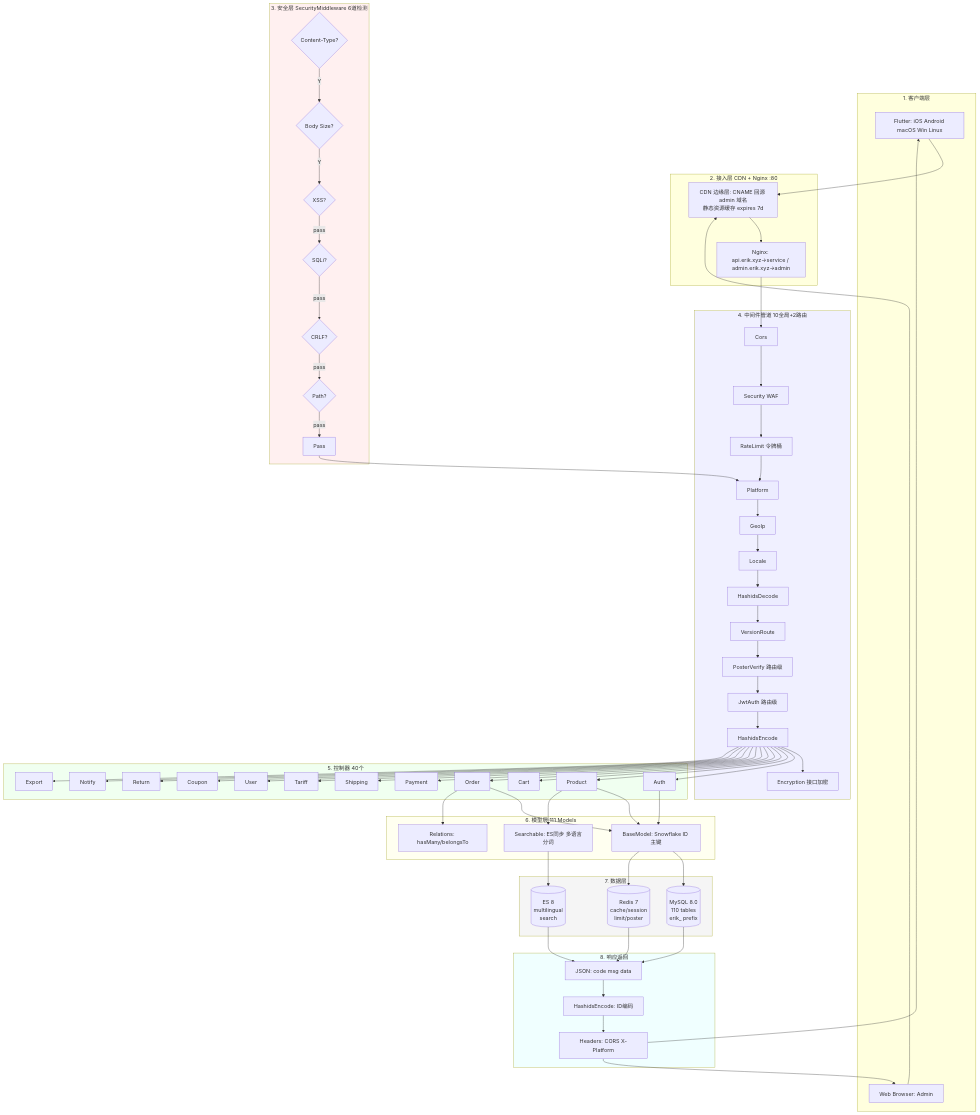
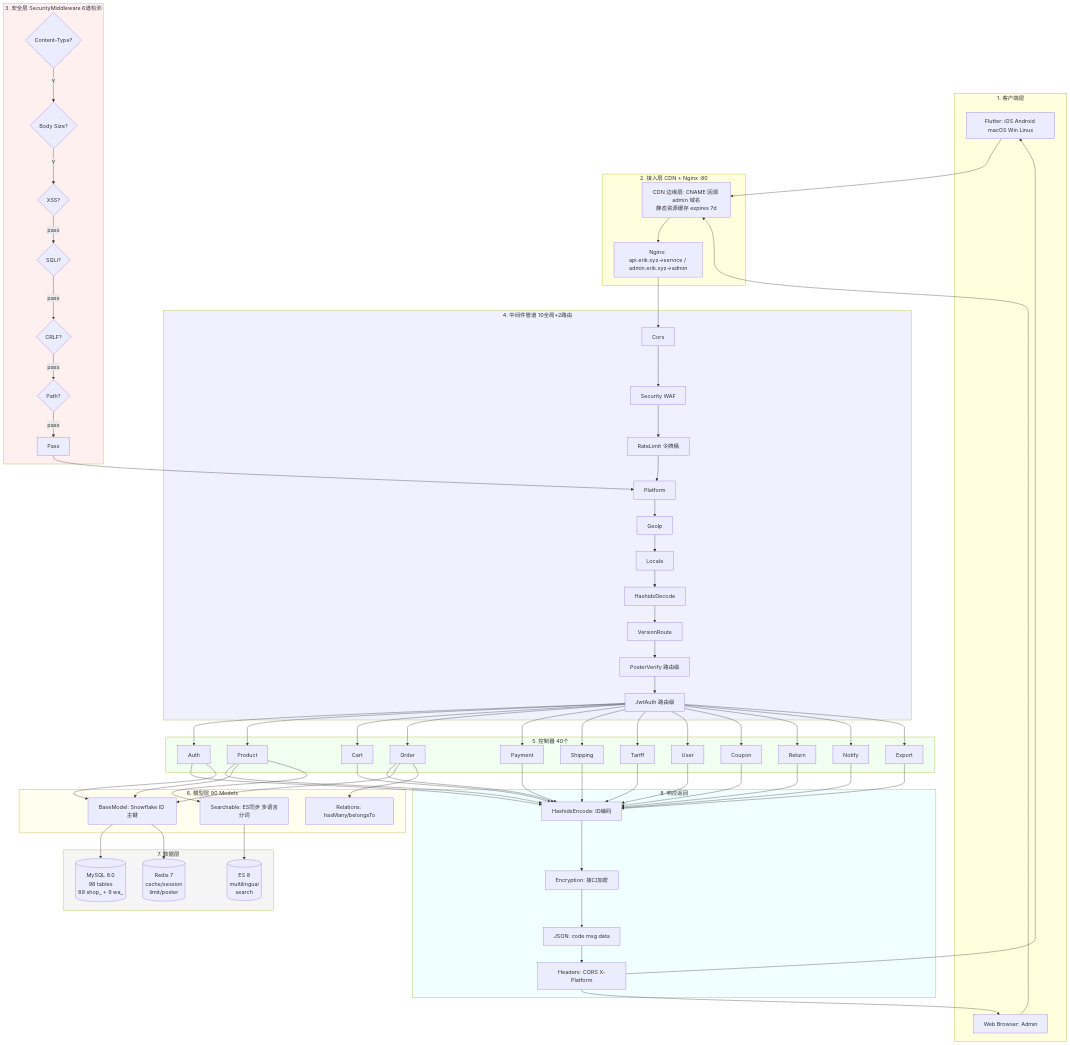
One commit to erikwang2013/erik-shop changed the second of 6 diagrams in docs/architecture-full.md. Above: the diagram before and after it, drawn with Mermaid. The commit also changed other lines of this file and 14 other files, not shown here.

````diff
--- a/docs/architecture-full.md
+++ b/docs/architecture-full.md
@@ -69,73 +69,72 @@
 ```mermaid
 graph TB
     subgraph Clients["1. 客户端层"]
         FL[Flutter: iOS Android macOS Win Linux]
         WB[Web Browser: Admin]
     end
     subgraph Gateway["2. 接入层 CDN + Nginx :80"]
         CDN[CDN 边缘层: CNAME 回源 admin 域名<br/>静态资源缓存 expires 7d]
         NG[Nginx: api.erik.xyz→service / admin.erik.xyz→admin]
     end
     subgraph Security["3. 安全层 SecurityMiddleware 6道检测"]
         CT{Content-Type?} -->|Y| BS{Body Size?}
         BS -->|Y| XS{XSS?}
         XS -->|pass| SQ{SQLi?}
         SQ -->|pass| CR{CRLF?}
         CR -->|pass| PT{Path?}
         PT -->|pass| PASS[Pass]
     end
     subgraph Pipeline["4. 中间件管道 10全局+2路由"]
         CORS[Cors] --> SEC[Security WAF]
         SEC --> RATE[RateLimit 令牌桶]
         RATE --> PLAT[Platform]
         PLAT --> GEO[GeoIp]
         GEO --> LOC[Locale]
         LOC --> HDEC[HashidsDecode]
         HDEC --> VER[VersionRoute]
         VER --> POSTV[PosterVerify 路由级]
         POSTV --> JWT[JwtAuth 路由级]
-        JWT --> HENC[HashidsEncode]
-        HENC --> ENC[Encryption 接口加密]
     end
     subgraph Controllers["5. 控制器 40个"]
         AUTH[Auth] & PROD[Product] & CART[Cart]
         ORD[Order] & PAY[Payment] & SHIP[Shipping]
         TARI[Tariff] & USER[User] & COUP[Coupon]
         RET[Return] & NOTI[Notify] & EXPORT[Export]
     end
-    subgraph Models["6. 模型层 111 Models"]
+    subgraph Models["6. 模型层 90 Models"]
         BM[BaseModel: Snowflake ID 主键]
         REL[Relations: hasMany/belongsTo]
         SRCH[Searchable: ES同步 多语言分词]
     end
     subgraph Data["7. 数据层"]
-        MySQL[(MySQL 8.0<br/>110 tables<br/>erik_ prefix)]
+        MySQL[(MySQL 8.0<br/>98 tables<br/>89 shop_ + 9 wa_)]
         Redis[(Redis 7<br/>cache/session<br/>limit/poster)]
         ES[(ES 8<br/>multilingual<br/>search)]
     end
     subgraph Response["8. 响应返回"]
+        HENC[HashidsEncode: ID编码]
+        ENC[Encryption: 接口加密]
         JSON[JSON: code msg data]
-        OUTENC[HashidsEncode: ID编码]
         HEADERS[Headers: CORS X-Platform]
+        HENC --> ENC --> JSON --> HEADERS
     end
 
     FL & WB --> CDN --> NG
     NG --> CORS
     PASS --> PLAT
-    HENC --> AUTH & PROD & CART & ORD & PAY & SHIP & TARI & USER & COUP & RET & NOTI & EXPORT
+    JWT --> AUTH & PROD & CART & ORD & PAY & SHIP & TARI & USER & COUP & RET & NOTI & EXPORT
+    AUTH & PROD & CART & ORD & PAY & SHIP & TARI & USER & COUP & RET & NOTI & EXPORT --> HENC
     AUTH & PROD & ORD --> BM
     ORD --> REL
     PROD --> SRCH
     BM --> MySQL & Redis
     SRCH --> ES
-    MySQL & Redis & ES --> JSON
-    JSON --> OUTENC --> HEADERS
     HEADERS --> FL & WB
 
     style Security fill:#fff0f0
     style Pipeline fill:#f0f0ff
     style Controllers fill:#f0fff0
     style Models fill:#fffff0
     style Data fill:#f5f5f5
     style Response fill:#f0ffff
 ```
````
